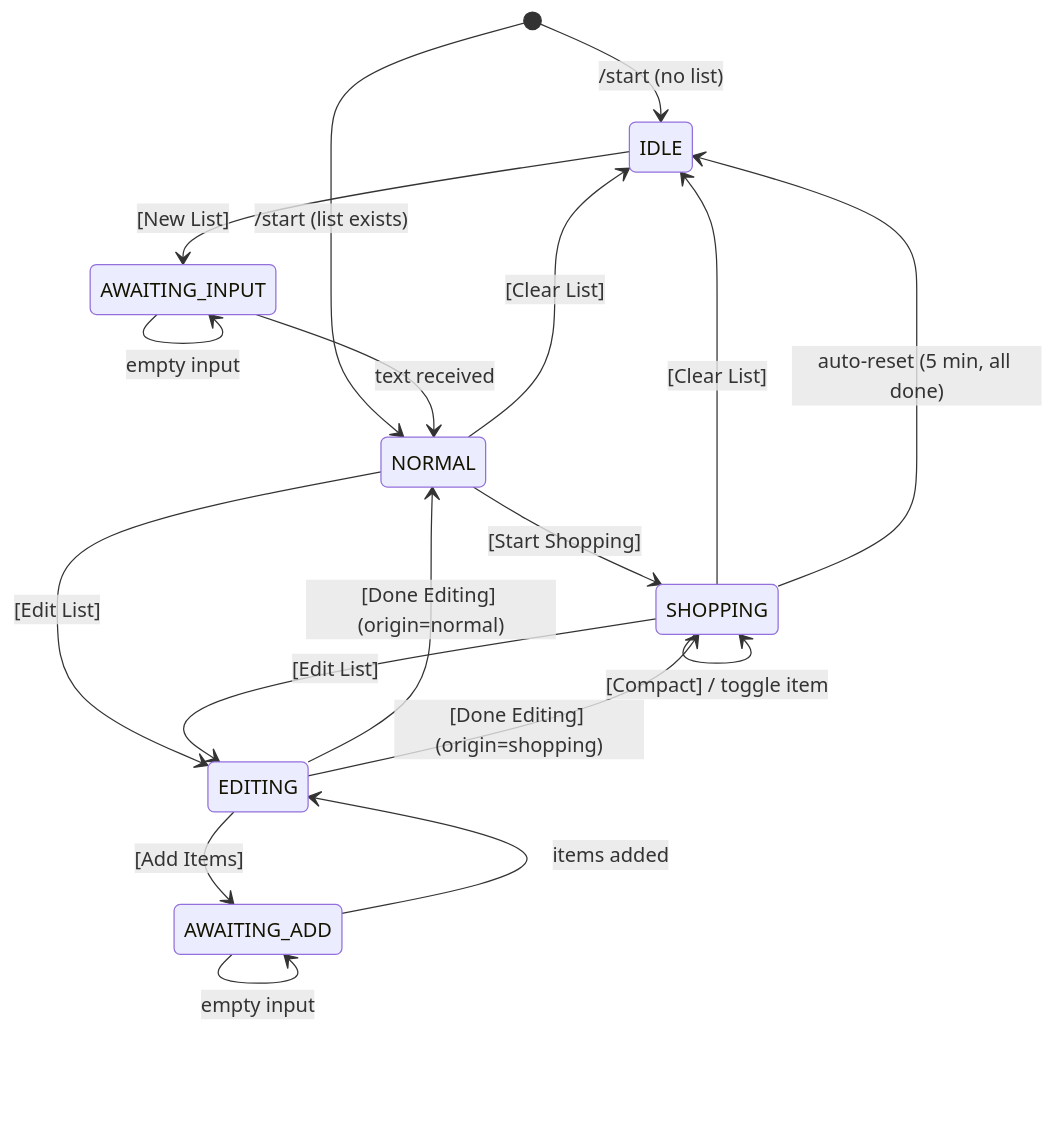
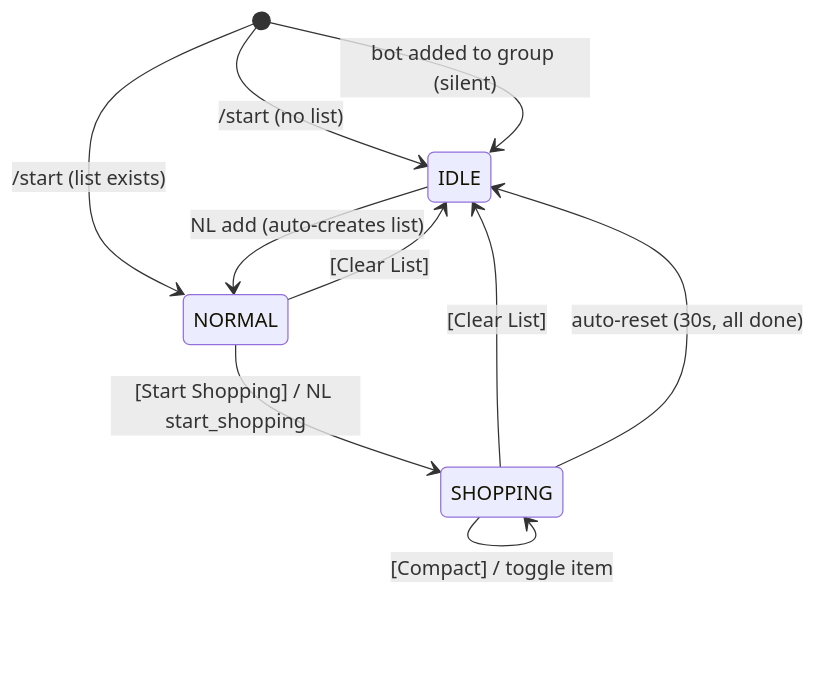
One commit to fedorino-alex/shopping-list changed the diagram in .agents/state-machine.md. Above: the diagram before and after it, drawn with Mermaid. The commit also changed other lines of this file and 25 other files, not shown here.

````diff
--- a/.agents/state-machine.md
+++ b/.agents/state-machine.md
@@ -16,25 +40,15 @@
 ```mermaid
 stateDiagram-v2
     [*] --> IDLE : /start (no list)
     [*] --> NORMAL : /start (list exists)
+    [*] --> IDLE : bot added to group (silent)
 
-    IDLE --> AWAITING_INPUT : [New List]
-    AWAITING_INPUT --> AWAITING_INPUT : empty input
-    AWAITING_INPUT --> NORMAL : text received
+    IDLE --> NORMAL : NL add (auto-creates list)
 
     NORMAL --> IDLE : [Clear List]
-    NORMAL --> SHOPPING : [Start Shopping]
-    NORMAL --> EDITING : [Edit List]
+    NORMAL --> SHOPPING : [Start Shopping] / NL start_shopping
 
     SHOPPING --> IDLE : [Clear List]
     SHOPPING --> SHOPPING : [Compact] / toggle item
-    SHOPPING --> IDLE : auto-reset (5 min, all done)
-    SHOPPING --> EDITING : [Edit List]
-
-    EDITING --> NORMAL : [Done Editing] (origin=normal)
-    EDITING --> SHOPPING : [Done Editing] (origin=shopping)
-    EDITING --> AWAITING_ADD : [Add Items]
-
-    AWAITING_ADD --> AWAITING_ADD : empty input
-    AWAITING_ADD --> EDITING : items added
+    SHOPPING --> IDLE : auto-reset (30s, all done)
 ```
````
